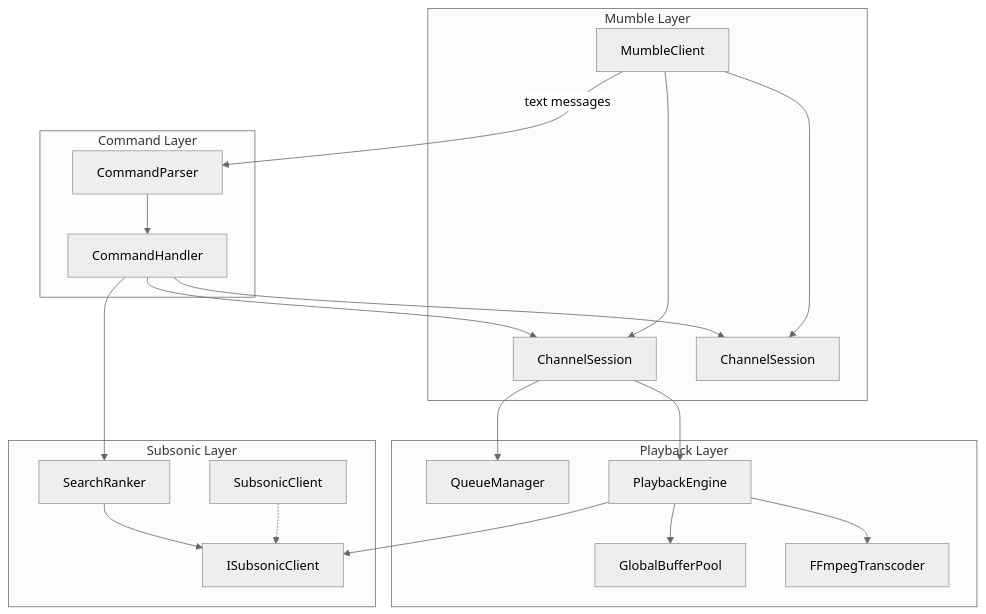
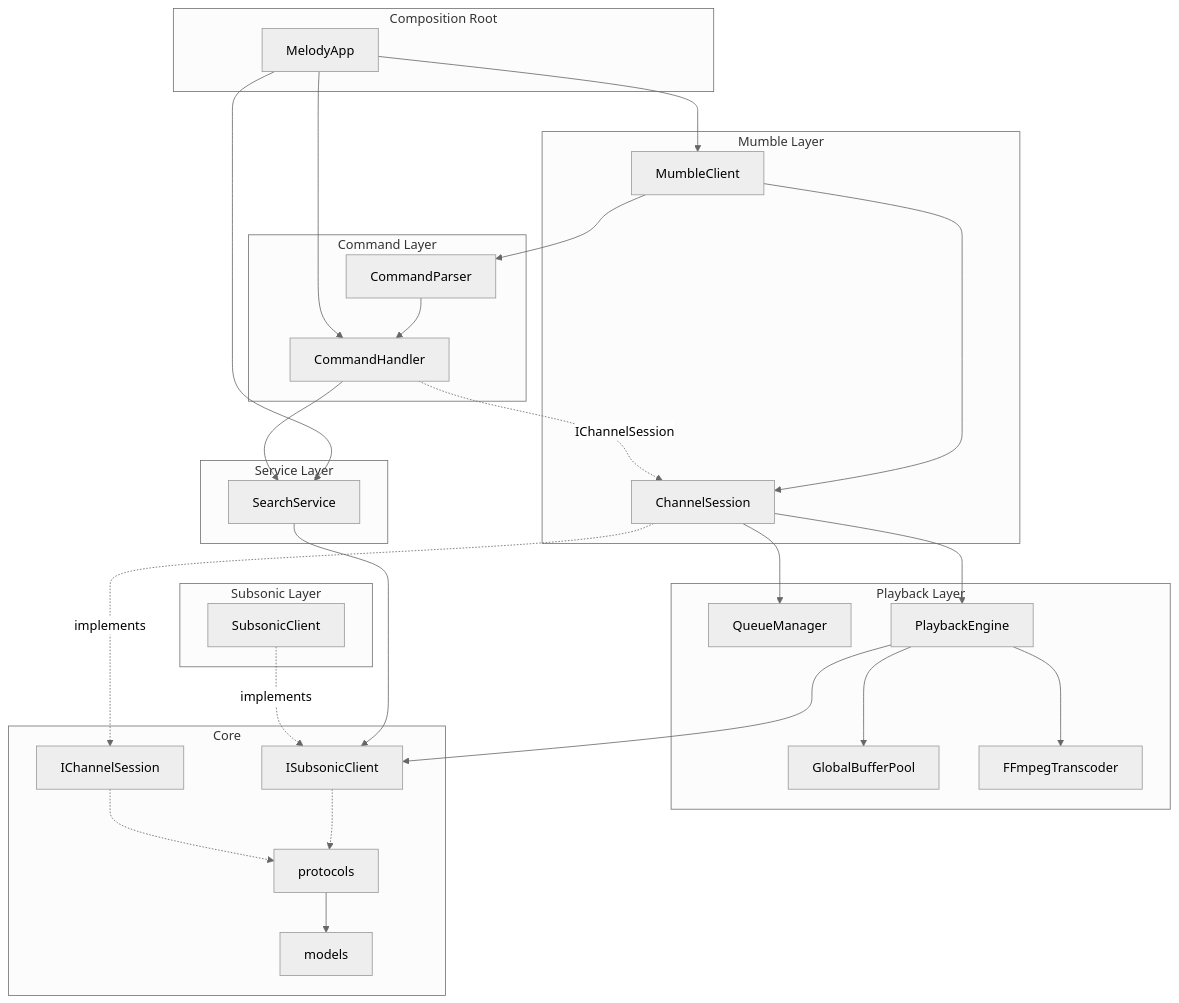
One commit to ErfanNikouie/Melody changed the diagram in README.md. Above: the diagram before and after it, drawn with Mermaid (neutral theme). The commit also changed other lines of this file and 14 other files, not shown here.

Commit message:
Fixed cyclic dependencies in the architecture.

````diff
--- a/README.md
+++ b/README.md
@@ -17,41 +19,58 @@
 ```mermaid
 flowchart TB
-    subgraph mumbleLayer [Mumble Layer]
-        MC[MumbleClient]
-        CS1[ChannelSession]
-        CS2[ChannelSession]
-        MC --> CS1
-        MC --> CS2
-    end
+  subgraph L6 [Composition Root]
+    App[MelodyApp]
+  end
 
-    subgraph commandLayer [Command Layer]
-        CP[CommandParser]
-        CH[CommandHandler]
-    end
+  subgraph L5 [Mumble Layer]
+    MC[MumbleClient]
+    CS[ChannelSession]
+    MC --> CS
+  end
 
-    subgraph playbackLayer [Playback Layer]
-        QM[QueueManager]
-        PE[PlaybackEngine]
-        BP[GlobalBufferPool]
-        FF[FFmpegTranscoder]
-    end
+  subgraph L4 [Command Layer]
+    CP[CommandParser]
+    CH[CommandHandler]
+    CP --> CH
+  end
 
-    subgraph subsonicLayer [Subsonic Layer]
-        ISC[ISubsonicClient]
-        SC[SubsonicClient]
-        SR[SearchRanker]
-        SC -.-> ISC
-    end
+  subgraph L3 [Service Layer]
+    SS[SearchService]
+  end
 
-    MC -->|text messages| CP
-    CP --> CH
-    CH --> CS1
-    CH --> CS2
-    CS1 --> QM
-    CS1 --> PE
+  subgraph L2 [Playback Layer]
+    QM[QueueManager]
+    PE[PlaybackEngine]
+    BP[GlobalBufferPool]
+    FF[FFmpegTranscoder]
+    CS --> QM
+    CS --> PE
     PE --> BP
     PE --> FF
-    PE --> ISC
-    CH --> SR
-    SR --> ISC
+  end
+
+  subgraph L1 [Subsonic Layer]
+    SC[SubsonicClient]
+  end
+
+  subgraph L0 [Core]
+    Models[models]
+    Protocols[protocols]
+    ISC[ISubsonicClient]
+    ICS[IChannelSession]
+    Protocols --> Models
+    ISC -.-> Protocols
+    ICS -.-> Protocols
+  end
+
+  App --> MC
+  App --> CH
+  App --> SS
+  MC --> CP
+  CH --> SS
+  CH -.->|IChannelSession| CS
+  SS --> ISC
+  PE --> ISC
+  SC -.->|implements| ISC
+  CS -.->|implements| ICS
 ```
````
